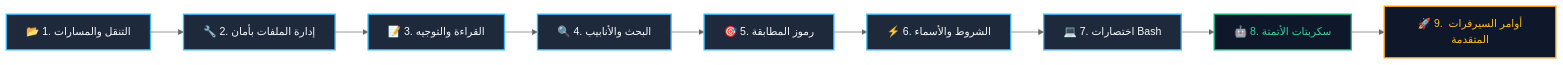
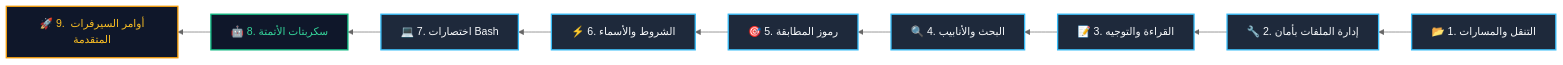
Before and after one commit to Ammar-1993/learn-command-line-cheatsheet: the diagram in README.md, drawn with Mermaid (neutral theme). The commit also changed other lines of this file and 1 other file, not shown here.

Commit message:
docs: remove cover image and update README

````diff
--- a/README.md
+++ b/README.md
@@ -50,21 +50,21 @@
 ```mermaid
-flowchart LR
+flowchart RL
     A["📂 1. التنقل والمسارات"] --> B["🔧 2. إدارة الملفات بأمان"]
     B --> C["📝 3. القراءة والتوجيه"]
     C --> D["🔍 4. البحث والأنابيب"]
     D --> E["🎯 5. رموز المطابقة"]
     E --> F["⚡ 6. الشروط والأسماء"]
     F --> G["💻 7. اختصارات Bash"]
     G --> H["🤖 8. سكربتات الأتمتة"]
     H --> I["🚀 9. أوامر السيرفرات المتقدمة"]
 
     style A fill:#1e293b,stroke:#38bdf8,stroke-width:2px,color:#f8fafc
     style B fill:#1e293b,stroke:#38bdf8,stroke-width:2px,color:#f8fafc
     style C fill:#1e293b,stroke:#38bdf8,stroke-width:2px,color:#f8fafc
     style D fill:#1e293b,stroke:#38bdf8,stroke-width:2px,color:#f8fafc
     style E fill:#1e293b,stroke:#38bdf8,stroke-width:2px,color:#f8fafc
     style F fill:#1e293b,stroke:#38bdf8,stroke-width:2px,color:#f8fafc
     style G fill:#1e293b,stroke:#38bdf8,stroke-width:2px,color:#f8fafc
     style H fill:#0f172a,stroke:#10b981,stroke-width:2px,color:#34d399
     style I fill:#0f172a,stroke:#f59e0b,stroke-width:2px,color:#fbbf24
 ```
````
